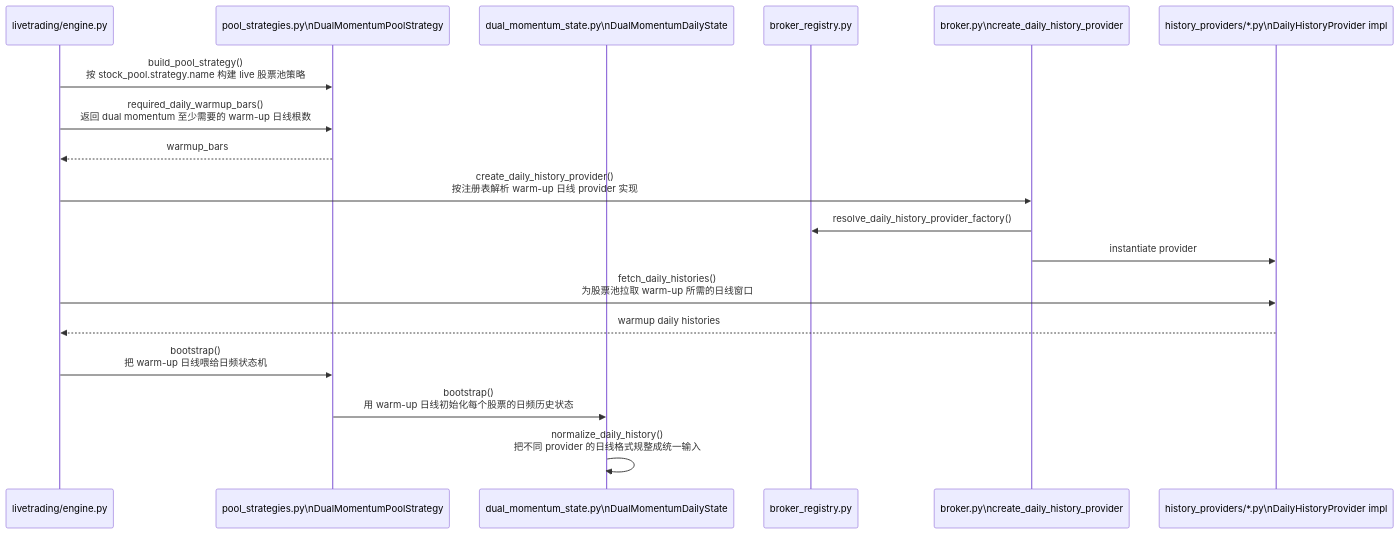
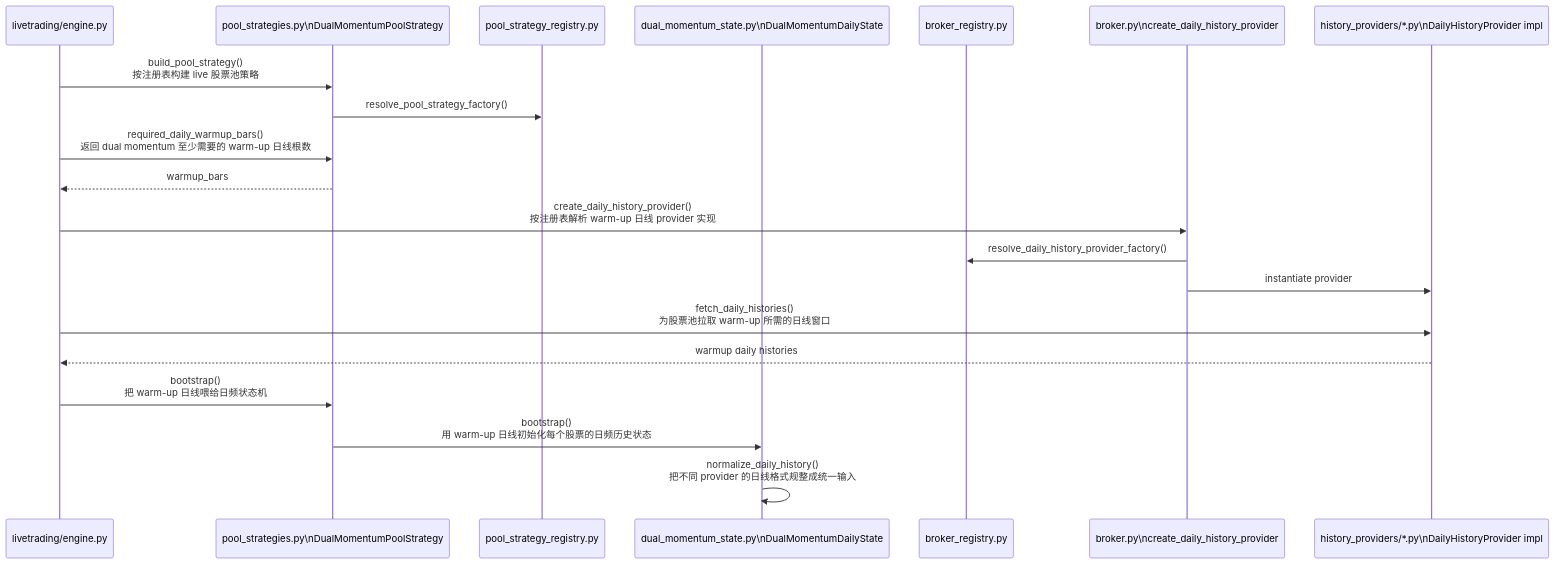
Before and after one commit to hangchow/backtest: the second of 7 diagrams in docs/README_livetrading_sequence.md, drawn with Mermaid. The commit also changed other lines of this file and 5 other files, not shown here.

Commit message:
Introduce live strategy registries

````diff
--- a/docs/README_livetrading_sequence.md
+++ b/docs/README_livetrading_sequence.md
@@ -137,23 +139,25 @@
 ```mermaid
 sequenceDiagram
     participant ENG as livetrading/engine.py
     participant PLS as pool_strategies.py\nDualMomentumPoolStrategy
+    participant SREG as pool_strategy_registry.py
     participant STATE as dual_momentum_state.py\nDualMomentumDailyState
     participant REG as broker_registry.py
     participant HFAC as broker.py\ncreate_daily_history_provider
     participant HB as history_providers/*.py\nDailyHistoryProvider impl
 
-    ENG->>PLS: build_pool_strategy()<br/>按 stock_pool.strategy.name 构建 live 股票池策略
+    ENG->>PLS: build_pool_strategy()<br/>按注册表构建 live 股票池策略
+    PLS->>SREG: resolve_pool_strategy_factory()
     ENG->>PLS: required_daily_warmup_bars()<br/>返回 dual momentum 至少需要的 warm-up 日线根数
     PLS-->>ENG: warmup_bars
 
     ENG->>HFAC: create_daily_history_provider()<br/>按注册表解析 warm-up 日线 provider 实现
     HFAC->>REG: resolve_daily_history_provider_factory()
     HFAC->>HB: instantiate provider
     ENG->>HB: fetch_daily_histories()<br/>为股票池拉取 warm-up 所需的日线窗口
     HB-->>ENG: warmup daily histories
 
     ENG->>PLS: bootstrap()<br/>把 warm-up 日线喂给日频状态机
     PLS->>STATE: bootstrap()<br/>用 warm-up 日线初始化每个股票的日频历史状态
     STATE->>STATE: normalize_daily_history()<br/>把不同 provider 的日线格式规整成统一输入
 ```
````
